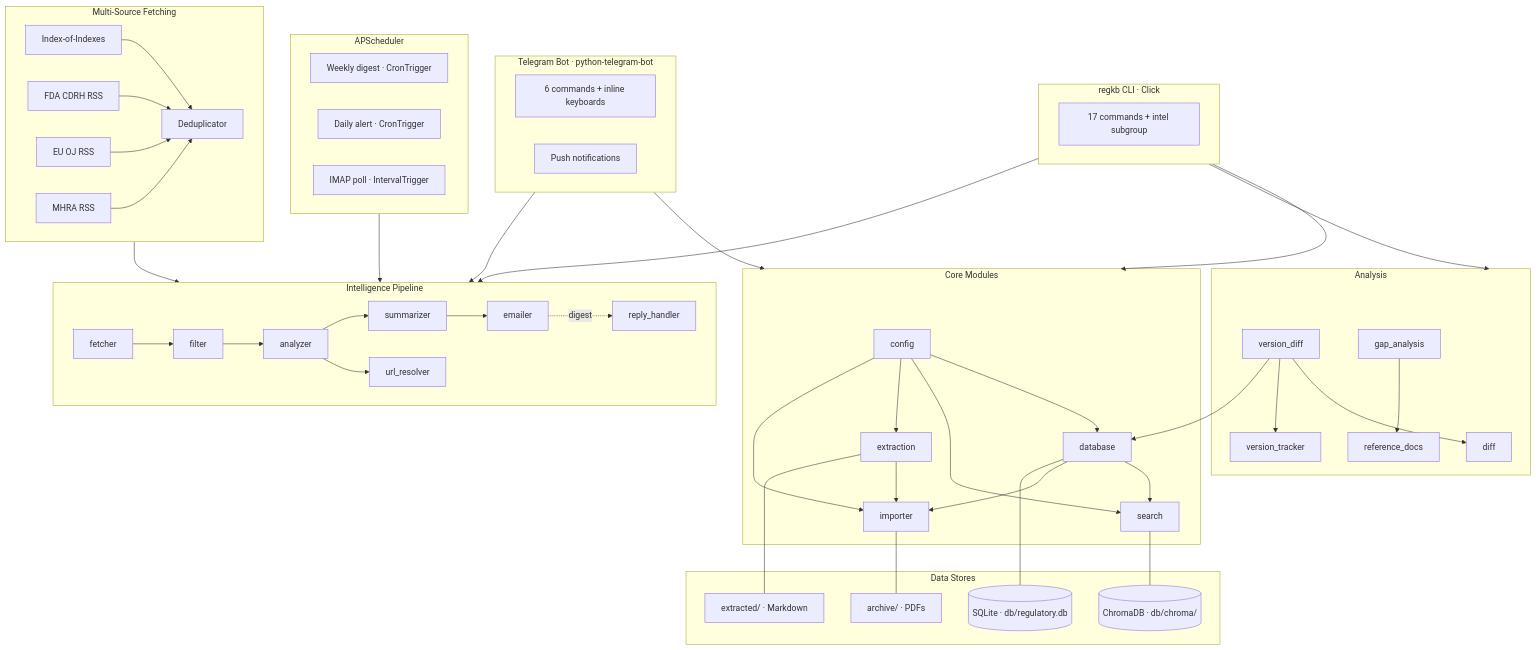
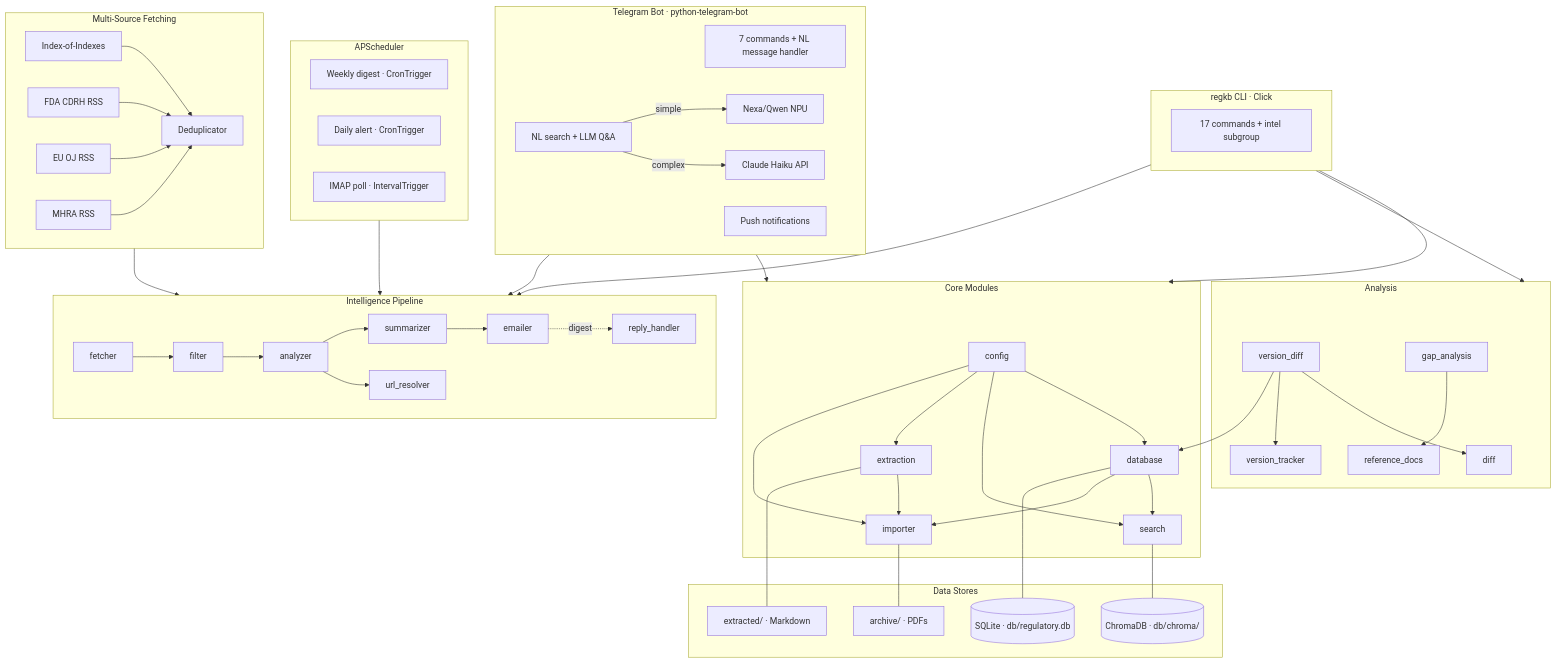
One commit to lisadonlon/RegulatoryKB changed the first of 3 diagrams in CLAUDE.md. Above: the diagram before and after it, drawn with Mermaid. The commit also changed other lines of this file and 8 other files, not shown here.

First line of the commit message:
Add conversational intelligence: NL search parsing and LLM-powered Q&A

````diff
--- a/CLAUDE.md
+++ b/CLAUDE.md
@@ -133,66 +137,69 @@
 ```mermaid
 graph TB
     subgraph CLI["regkb CLI · Click"]
         commands["17 commands + intel subgroup"]
     end
 
     subgraph Core["Core Modules"]
         config["config"] --> db["database"]
         config --> search["search"]
         config --> extraction["extraction"]
         config --> importer["importer"]
         db --> search
         db --> importer
         extraction --> importer
     end
 
     subgraph Analysis["Analysis"]
         diff["diff"]
         vt["version_tracker"]
         vd["version_diff"]
         gap["gap_analysis"] --> ref["reference_docs"]
         vd --> diff & vt & db
     end
 
     subgraph Intel["Intelligence Pipeline"]
         fetcher --> filter --> analyzer --> summarizer --> emailer
         emailer -.->|digest| reply_handler
         analyzer --> url_resolver
     end
 
     subgraph Stores["Data Stores"]
         sqlite[("SQLite · db/regulatory.db")]
         chroma[("ChromaDB · db/chroma/")]
         extracted["extracted/ · Markdown"]
         archive["archive/ · PDFs"]
     end
 
     subgraph Bot["Telegram Bot · python-telegram-bot"]
-        handlers["6 commands + inline keyboards"]
+        handlers["7 commands + NL message handler"]
         notifications["Push notifications"]
+        nlsearch["NL search + LLM Q&A"]
+        nlsearch -->|simple| nexa["Nexa/Qwen NPU"]
+        nlsearch -->|complex| claude["Claude Haiku API"]
     end
 
     subgraph Sched["APScheduler"]
         weekly["Weekly digest · CronTrigger"]
         daily["Daily alert · CronTrigger"]
         imap["IMAP poll · IntervalTrigger"]
     end
 
     subgraph Sources["Multi-Source Fetching"]
         ioi["Index-of-Indexes"]
         fda_rss["FDA CDRH RSS"]
         eu_rss["EU OJ RSS"]
         mhra_rss["MHRA RSS"]
         dedup["Deduplicator"]
         ioi & fda_rss & eu_rss & mhra_rss --> dedup
     end
 
     CLI --> Core & Analysis & Intel
     Bot --> Core & Intel
     Sched --> Intel
     Sources --> Intel
     db --- sqlite
     search --- chroma
     extraction --- extracted
     importer --- archive
 ```
````
